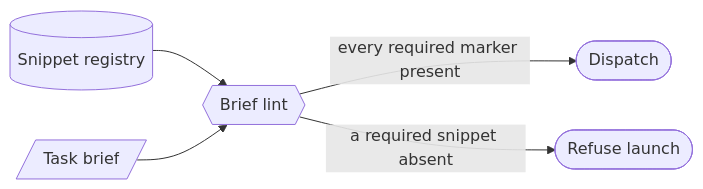
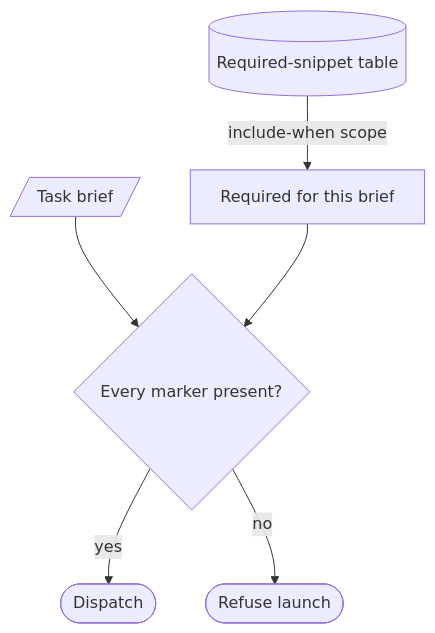
One commit to davisjam/agent-governance-mechanisms changed the diagram in book/appendix-fills/agent/mandatory-snippet-table.md. Above: the diagram before and after it, drawn with Mermaid. The commit also changed other lines of this file and 5 other files, not shown here.

First line of the commit message:
fix(appxC): overflow diagrams — reduced/re-oriented labels (batch A)

````diff
--- a/book/appendix-fills/agent/mandatory-snippet-table.md
+++ b/book/appendix-fills/agent/mandatory-snippet-table.md
@@ -32,7 +32,8 @@
 ```mermaid
-flowchart LR
-  Table[(Snippet registry)] --> Lint{{Brief lint}}
-  Brief[/Task brief/] --> Lint
-  Lint -->|every required marker present| Pass([Dispatch])
-  Lint -->|a required snippet absent| Fail([Refuse launch])
+flowchart TD
+  Table[(Required-snippet table)] -->|include-when scope| Req[Required for this brief]
+  Brief[/Task brief/] --> Check{Every marker present?}
+  Req --> Check
+  Check -->|yes| Pass([Dispatch])
+  Check -->|no| Fail([Refuse launch])
 ```
````
